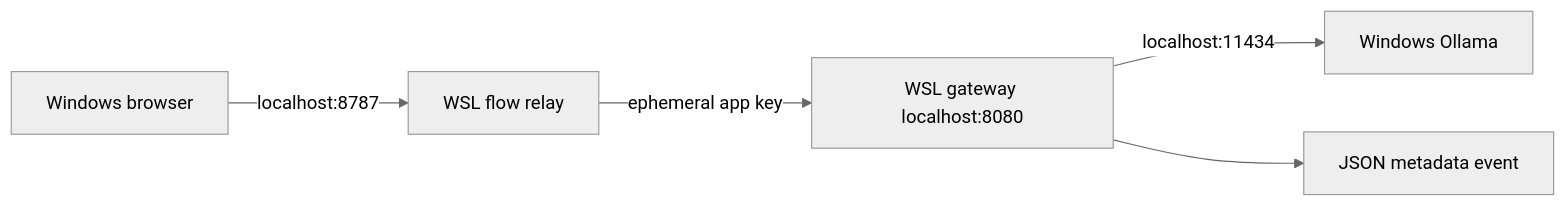
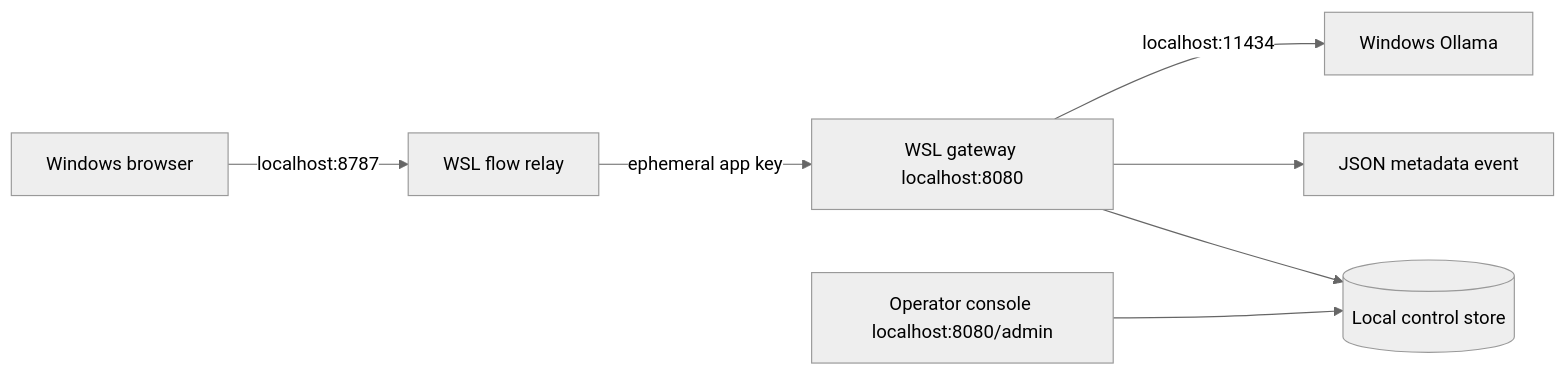
The diagram in docs/runbooks/windows-wsl-flow-lab.md (m87techlabs/m87-ai-gateway), drawn with Mermaid (neutral theme) before and after one commit. The commit also changed other lines of this file and 40 other files, not shown here.

Commit message:
feat: add local gateway control plane

````diff
--- a/docs/runbooks/windows-wsl-flow-lab.md
+++ b/docs/runbooks/windows-wsl-flow-lab.md
@@ -10,7 +10,9 @@
 ```mermaid
 flowchart LR
     Browser[Windows browser] -->|localhost:8787| Relay[WSL flow relay]
     Relay -->|ephemeral app key| Gateway[WSL gateway localhost:8080]
     Gateway -->|localhost:11434| Ollama[Windows Ollama]
     Gateway --> Event[JSON metadata event]
+    Gateway --> Store[(Local control store)]
+    Console[Operator console localhost:8080/admin] --> Store
 ```
````
